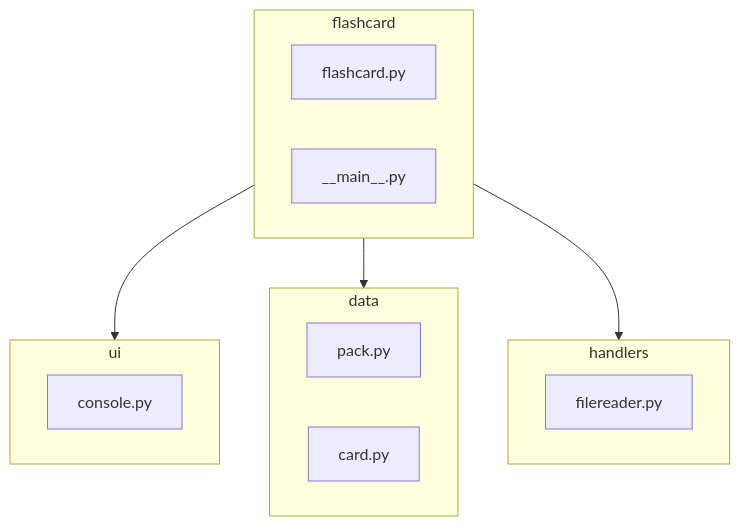
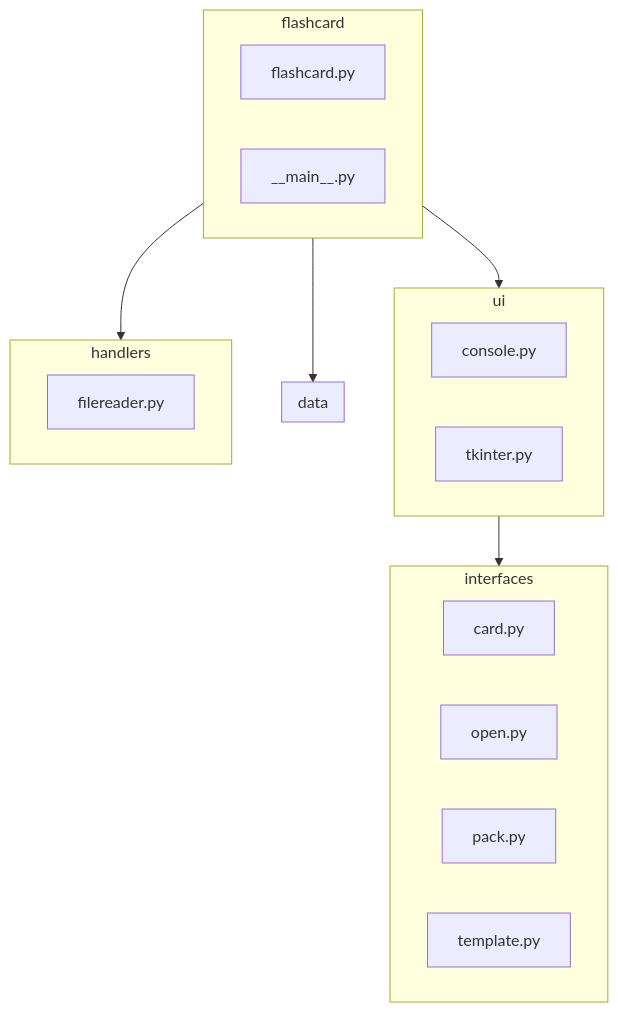
The second of 3 diagrams in flashcard/dokumentaatio/arkkitehtuuri.md (vkohj/ot-harjoitustyo), drawn with Mermaid before and after one commit. The commit also changed other lines of this file and 20 other files, not shown here.

````diff
--- a/flashcard/dokumentaatio/arkkitehtuuri.md
+++ b/flashcard/dokumentaatio/arkkitehtuuri.md
@@ -24,26 +25,35 @@
 ```mermaid
     flowchart TB
     
     subgraph flashcard
         flashcard.py
         __main__.py
     end
 
     subgraph ui
         console.py
+        tkinter.py
+    end
+
+    subgraph interfaces
+        card.py
+        open.py
+        pack.py
+        template.py
     end
 
     subgraph data
         pack.py
         card.py
     end
 
     subgraph handlers
         filereader.py
     end
 
     flashcard --> ui
     flashcard --> data
     flashcard --> handlers
+    ui --> interfaces
         
 ```
````
